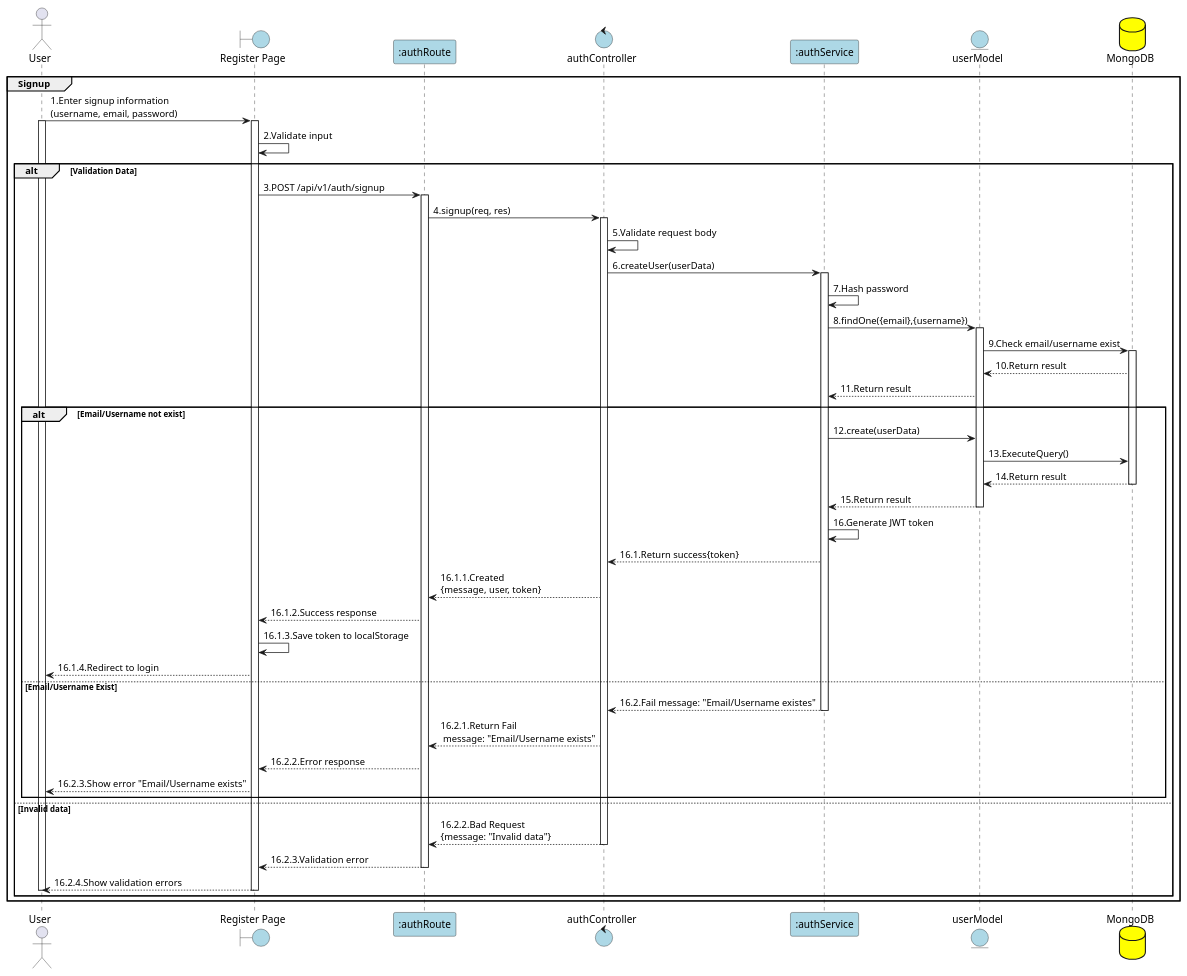
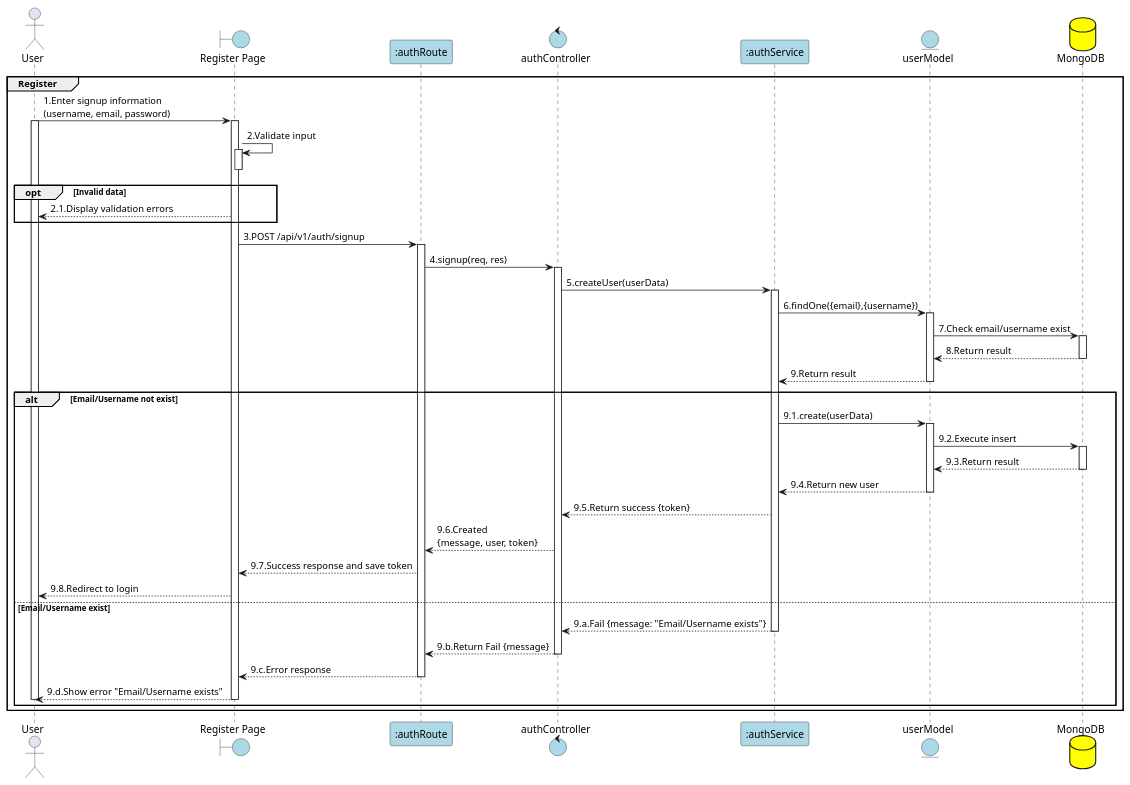
One commit to Aohkne/CaloCook changed the diagram in PlanUML/8_signup.puml. Above: the diagram before and after it, drawn with PlantUML. The commit also changed 17 other files, not shown here.

```diff
--- a/PlanUML/8_signup.puml
+++ b/PlanUML/8_signup.puml
@@ -1,84 +1,80 @@
 @startuml Signup
 
 actor User as "User"
 boundary "Register Page" as View #lightblue
 participant ":authRoute" as Routes_FE #lightblue
 control "authController" as Controller #lightblue
 participant ":authService" as Service #lightblue
 entity "userModel" as Model #lightblue
 database "MongoDB" as MongoDB #yellow
 
+group Register
+User -> View: 1.Enter signup information\n(username, email, password)
 
-group Signup
-User -> View: 1.Enter signup information\n(username, email, password)
+activate View
 activate User
-activate View
 
 View -> View: 2.Validate input
-    alt Validation Data
-         View -> Routes_FE: 3.POST /api/v1/auth/signup
-        activate Routes_FE
-    
-        Routes_FE -> Controller: 4.signup(req, res)
-        activate Controller
-    
-        Controller -> Controller: 5.Validate request body
-    
+activate View
+deactivate View
 
-        Controller -> Service: 6.createUser(userData)
-        activate Service
-        
-        Service -> Service: 7.Hash password
-        Service -> Model: 8.findOne({email},{username})
+opt Invalid data
+    View --> User: 2.1.Display validation errors
+end
+    View -> Routes_FE: 3.POST /api/v1/auth/signup
+    activate Routes_FE
+
+    Routes_FE -> Controller: 4.signup(req, res)
+    activate Controller
+
+    Controller -> Service: 5.createUser(userData)
+    activate Service
+
+    Service -> Model: 6.findOne({email},{username})
+    activate Model
+
+    Model -> MongoDB: 7.Check email/username exist 
+    activate MongoDB
+    MongoDB --> Model: 8.Return result
+    deactivate MongoDB
+
+    Model --> Service: 9.Return result
+    deactivate Model
+
+    alt Email/Username not exist
+        Service -> Model: 9.1.create(userData)
         activate Model
-        
-        Model -> MongoDB: 9.Check email/username exist 
+
+        Model -> MongoDB: 9.2.Execute insert
         activate MongoDB
-        MongoDB --> Model: 10.Return result
-        Model --> Service: 11.Return result
-        
-        alt Email/Username not exist
-            Service -> Model: 12.create(userData)
-            
-            Model -> MongoDB: 13.ExecuteQuery()
-            MongoDB --> Model: 14.Return result
-            deactivate MongoDB
-            
-            Model --> Service: 15.Return result
-            deactivate Model
-            
-            Service -> Service: 16.Generate JWT token
-            Service --> Controller: 16.1.Return success{token}
-            
-            Controller --> Routes_FE: 16.1.1.Created\n{message, user, token}       
-            
-            Routes_FE --> View: 16.1.2.Success response
-            
-            View -> View: 16.1.3.Save token to localStorage
-            View --> User: 16.1.4.Redirect to login
-            
-        else Email/Username Exist
-            Service --> Controller: 16.2.Fail message: "Email/Username existes"
-            deactivate Service
-            
-            Controller --> Routes_FE: 16.2.1.Return Fail\n message: "Email/Username exists"
-            
-            Routes_FE --> View: 16.2.2.Error response
-            
-            View --> User: 16.2.3.Show error "Email/Username exists"
-        end
-        
-    else Invalid data
-        Controller --> Routes_FE: 16.2.2.Bad Request\n{message: "Invalid data"}
+        MongoDB --> Model: 9.3.Return result
+        deactivate MongoDB
+
+        Model --> Service: 9.4.Return new user
+        deactivate Model
+
+        Service --> Controller: 9.5.Return success {token}
+
+        Controller --> Routes_FE: 9.6.Created\n{message, user, token}
+
+        Routes_FE --> View: 9.7.Success response and save token
+
+        View --> User: 9.8.Redirect to login
+
+    else Email/Username exist
+        Service --> Controller: 9.a.Fail {message: "Email/Username exists"}
+        deactivate Service
+
+        Controller --> Routes_FE: 9.b.Return Fail {message}
         deactivate Controller
-        
-        Routes_FE --> View: 16.2.3.Validation error
+
+        Routes_FE --> View: 9.c.Error response
         deactivate Routes_FE
-        
-        View --> User: 16.2.4.Show validation errors
+
+        View --> User: 9.d.Show error "Email/Username exists"
         deactivate View
-            deactivate User
+        deactivate User
     end
 
 end
 @enduml
```
